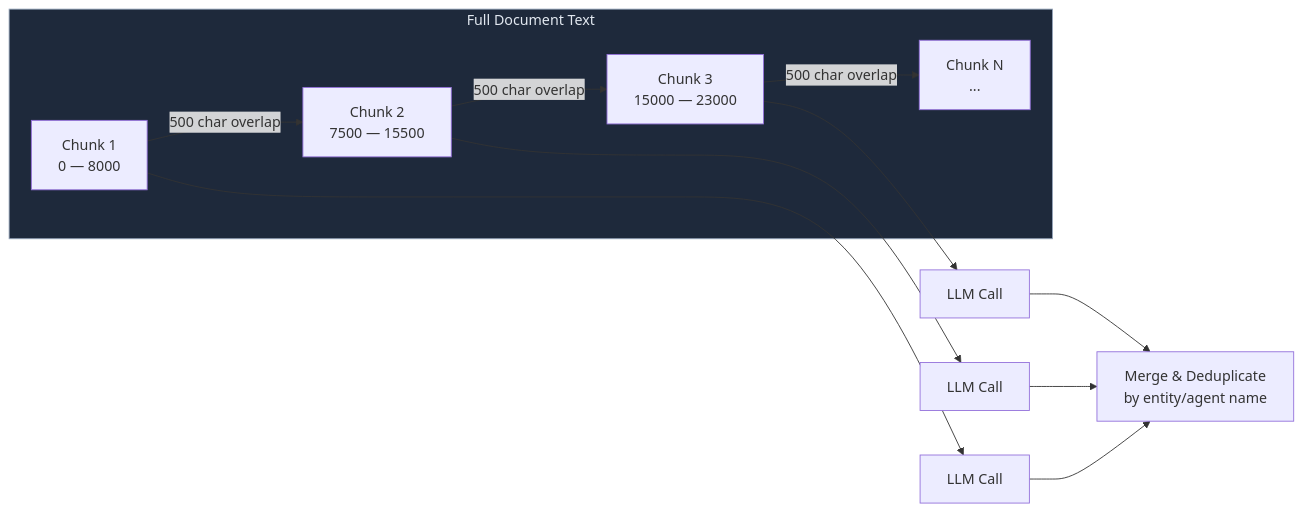
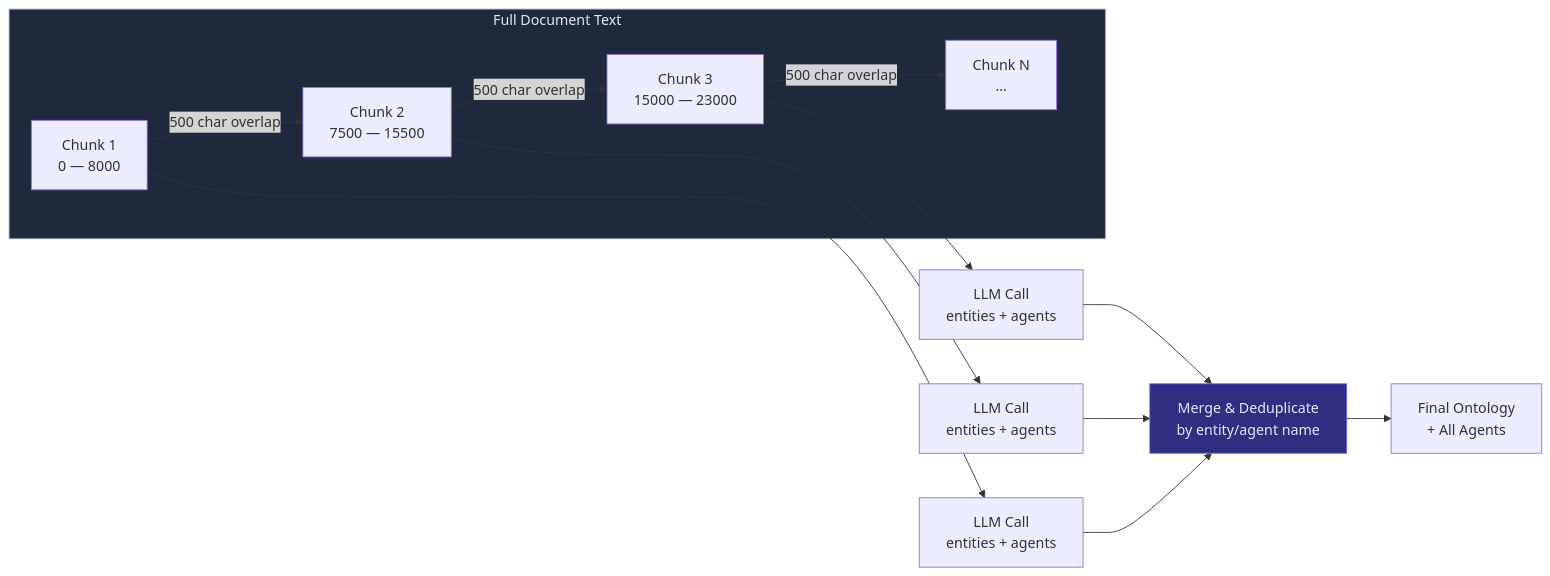
Before and after one commit to anandarupmukherjee/WeaveX: the fifth of 15 diagrams in README.md, drawn with Mermaid. The commit also changed other lines of this file, not shown here.

First line of the commit message:
Update README with detailed flowcharts for all pipelines

````diff
--- a/README.md
+++ b/README.md
@@ -232,23 +279,26 @@
 ```mermaid
 graph LR
     subgraph Document["Full Document Text"]
         C1[Chunk 1<br/>0 — 8000]
         C2[Chunk 2<br/>7500 — 15500]
         C3[Chunk 3<br/>15000 — 23000]
         C4[Chunk N<br/>...]
     end
 
     C1 -->|500 char overlap| C2
     C2 -->|500 char overlap| C3
     C3 -->|500 char overlap| C4
 
-    C1 --> LLM1[LLM Call]
-    C2 --> LLM2[LLM Call]
-    C3 --> LLM3[LLM Call]
+    C1 --> LLM1[LLM Call<br/>entities + agents]
+    C2 --> LLM2[LLM Call<br/>entities + agents]
+    C3 --> LLM3[LLM Call<br/>entities + agents]
 
     LLM1 --> MERGE[Merge & Deduplicate<br/>by entity/agent name]
     LLM2 --> MERGE
     LLM3 --> MERGE
 
+    MERGE --> FINAL[Final Ontology<br/>+ All Agents]
+
     style Document fill:#1e293b,stroke:#94a3b8,color:#e2e8f0
+    style MERGE fill:#312e81,stroke:#6366f1,color:#e0e7ff
 ```
````
